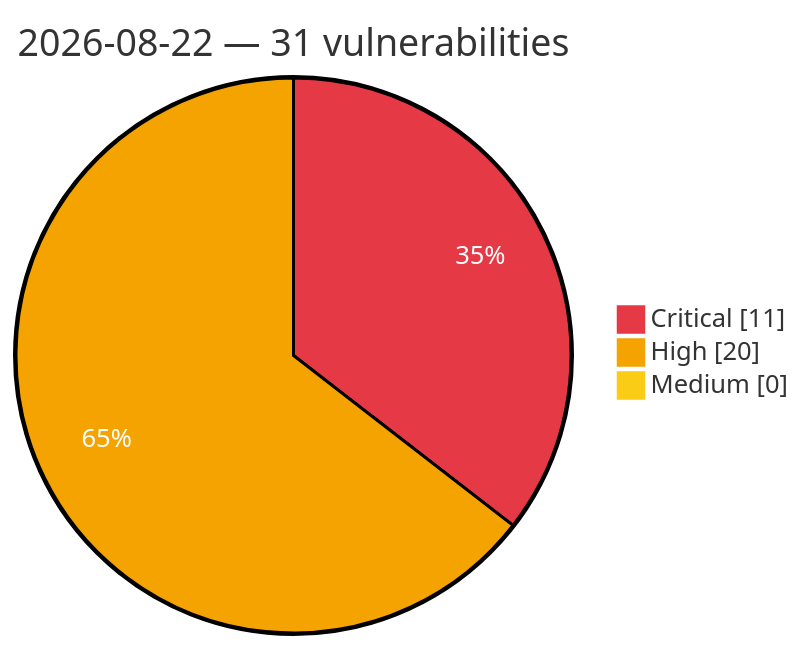
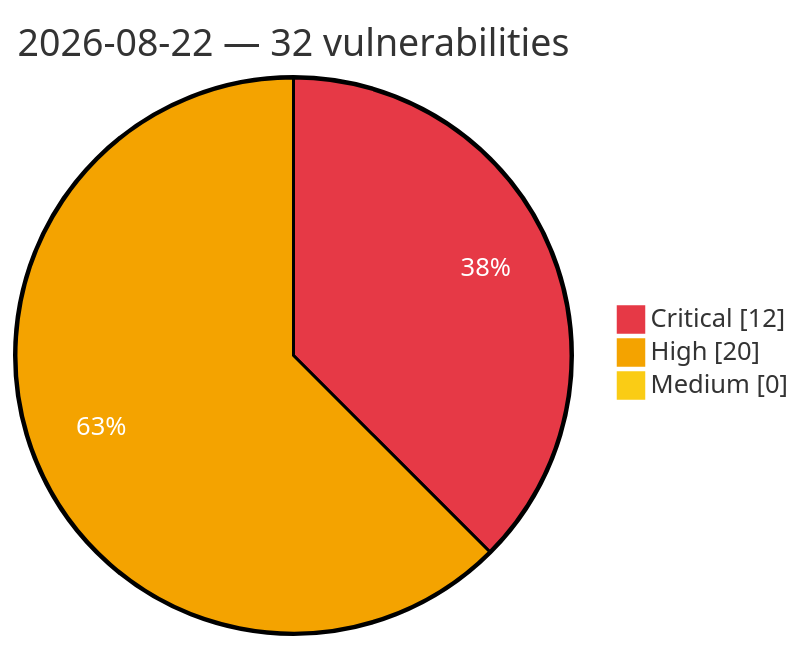
Before and after one commit to GhostX0X/vuln-tracker: the diagram in vulnerabilities/2026/August/2026-08-22.md, drawn with Mermaid. The commit also changed other lines of this file and 5 other files, not shown here.

````diff
--- a/vulnerabilities/2026/August/2026-08-22.md
+++ b/vulnerabilities/2026/August/2026-08-22.md
@@ -3,8 +3,8 @@
 ```mermaid
 %%{init: {'theme':'base', 'themeVariables': {'pie1':'#e63946', 'pie2':'#f4a300', 'pie3':'#facc15', 'pieOpacity':'1', 'pieOuterStrokeWidth':'2px', 'pieSectionTextColor':'#ffffff'}}}%%
 pie showData
-    title 2026-08-22 — 31 vulnerabilities
-    "Critical" : 11
+    title 2026-08-22 — 32 vulnerabilities
+    "Critical" : 12
     "High" : 20
     "Medium" : 0
 ```
````
